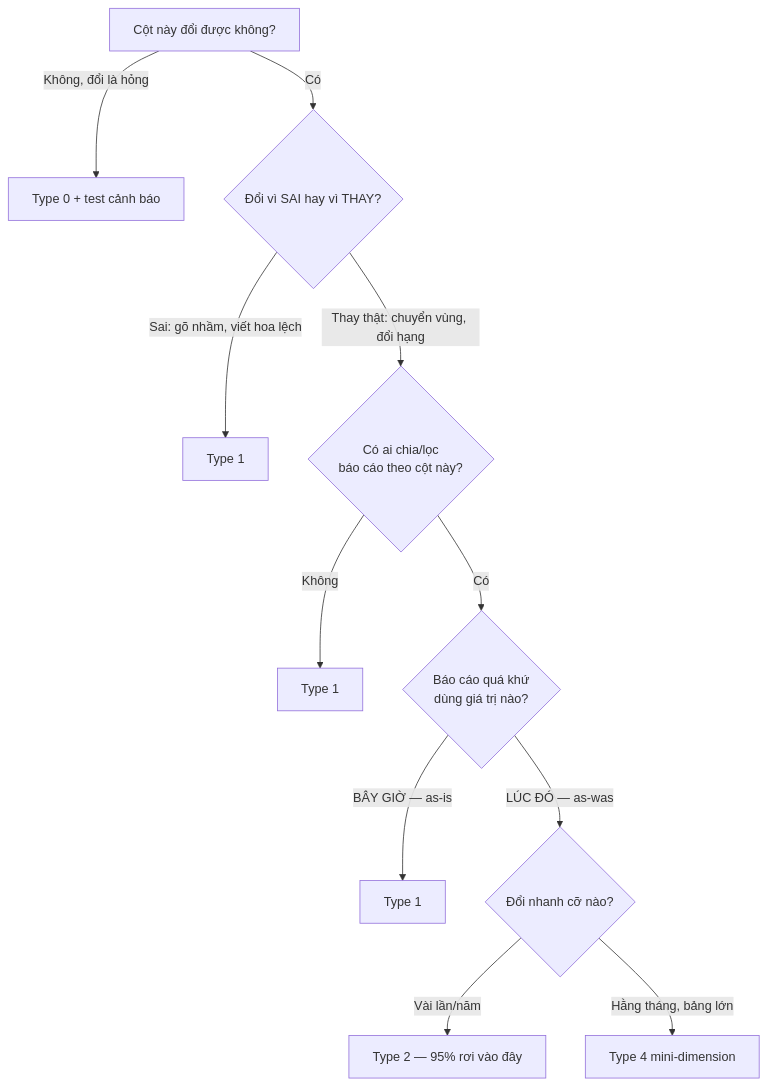
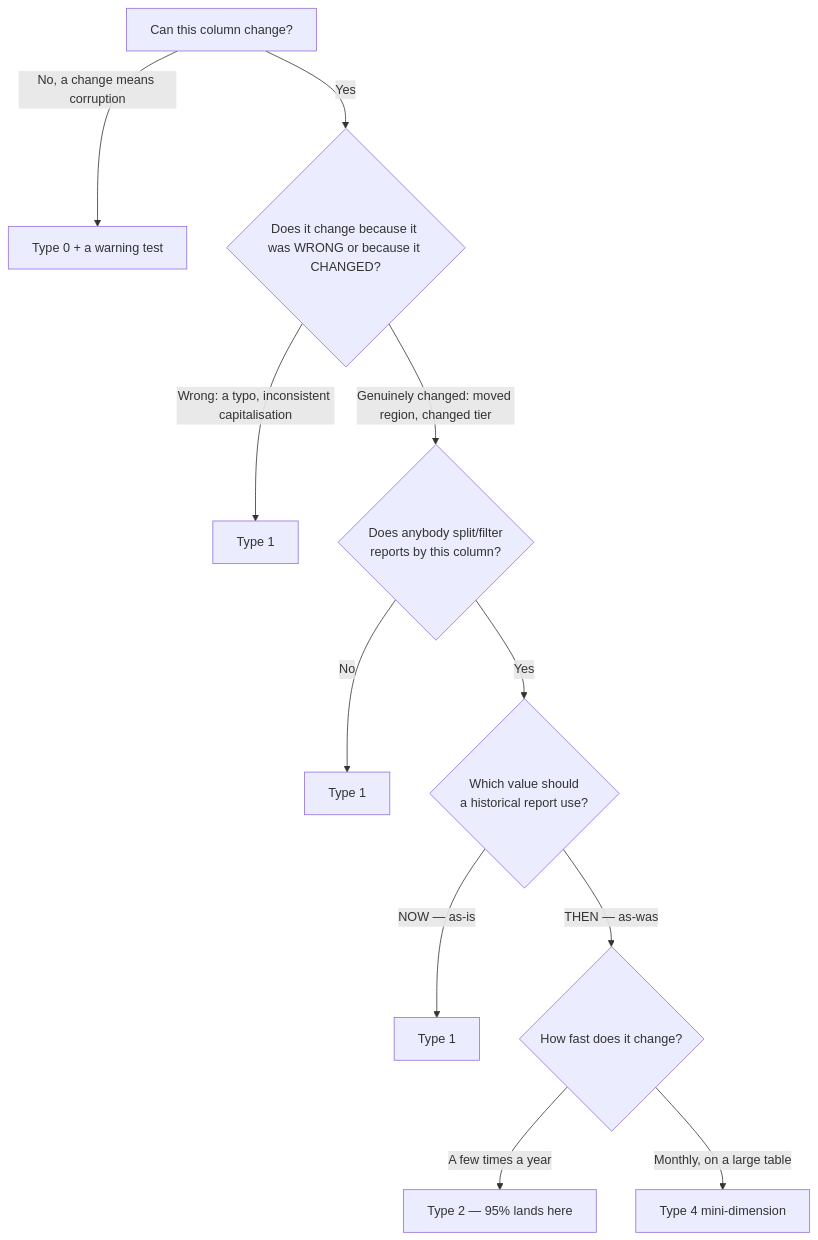
One commit to vuhoang001/knowledge changed the second of 2 diagrams in i18n/en/docusaurus-plugin-content-docs/current/data-modeling/skills/scd.md. Above: the diagram before and after it, drawn with Mermaid. The commit also changed other lines of this file and 4 other files, not shown here.

````diff
--- a/i18n/en/docusaurus-plugin-content-docs/current/data-modeling/skills/scd.md
+++ b/i18n/en/docusaurus-plugin-content-docs/current/data-modeling/skills/scd.md
@@ -309,13 +308,13 @@
 ```mermaid
 graph TD
-  A[Cột này đổi được không?] -->|Không, đổi là hỏng| T0[Type 0 + test cảnh báo]
-  A -->|Có| B{Đổi vì SAI hay vì THAY?}
-  B -->|Sai: gõ nhầm, viết hoa lệch| T1a[Type 1]
-  B -->|Thay thật: chuyển vùng, đổi hạng| C{Có ai chia/lọc<br/>báo cáo theo cột này?}
-  C -->|Không| T1b[Type 1]
-  C -->|Có| D{Báo cáo quá khứ<br/>dùng giá trị nào?}
-  D -->|BÂY GIỜ — as-is| T1c[Type 1]
-  D -->|LÚC ĐÓ — as-was| E{Đổi nhanh cỡ nào?}
-  E -->|Vài lần/năm| T2[Type 2 — 95% rơi vào đây]
-  E -->|Hằng tháng, bảng lớn| T4[Type 4 mini-dimension]
+  A[Can this column change?] -->|No, a change means corruption| T0[Type 0 + a warning test]
+  A -->|Yes| B{Does it change because it was WRONG or because it CHANGED?}
+  B -->|Wrong: a typo, inconsistent capitalisation| T1a[Type 1]
+  B -->|Genuinely changed: moved region, changed tier| C{Does anybody split/filter<br/>reports by this column?}
+  C -->|No| T1b[Type 1]
+  C -->|Yes| D{Which value should<br/>a historical report use?}
+  D -->|NOW — as-is| T1c[Type 1]
+  D -->|THEN — as-was| E{How fast does it change?}
+  E -->|A few times a year| T2[Type 2 — 95% lands here]
+  E -->|Monthly, on a large table| T4[Type 4 mini-dimension]
 ```
````
